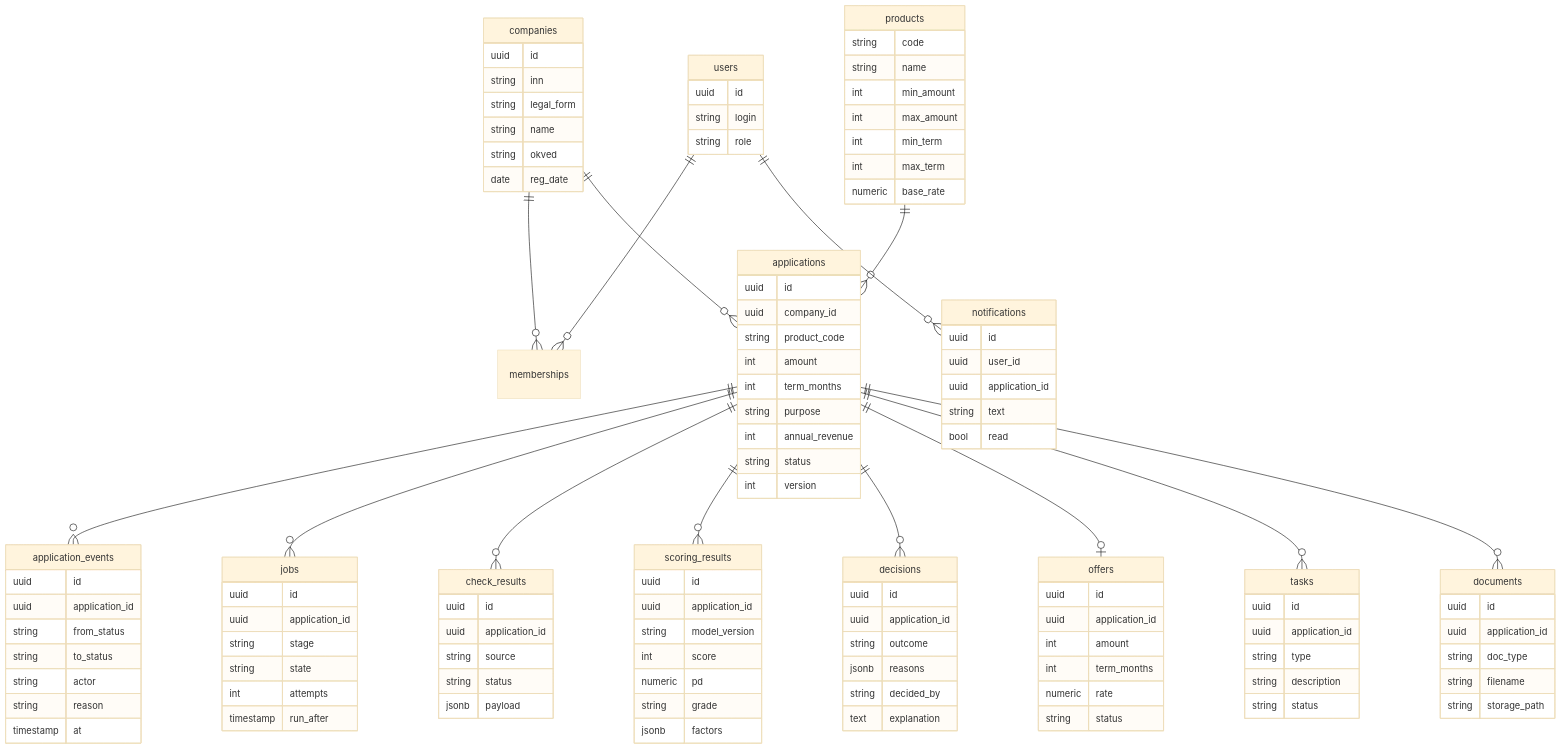
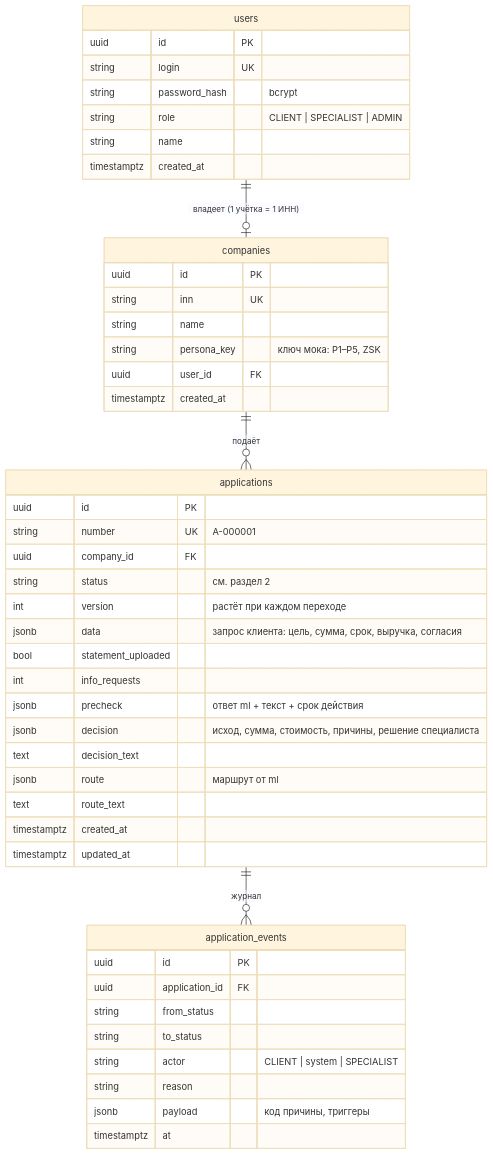
One commit to worker4556/smart-credit changed the seventh of 7 diagrams in docs/architecture.md. Above: the diagram before and after it, drawn with Mermaid (base theme). The commit also changed other lines of this file and 19 other files, not shown here.

First line of the commit message:
feat: specialist and admin cabinets, jury docs and test suite

````diff
--- a/docs/architecture.md
+++ b/docs/architecture.md
@@ -219,120 +220,50 @@
 ```mermaid
 erDiagram
-    users ||--o{ memberships : ""
-    companies ||--o{ memberships : ""
-    companies ||--o{ applications : ""
-    products ||--o{ applications : ""
-    applications ||--o{ application_events : ""
-    applications ||--o{ jobs : ""
-    applications ||--o{ check_results : ""
-    applications ||--o{ scoring_results : ""
-    applications ||--o{ decisions : ""
-    applications ||--o| offers : ""
-    applications ||--o{ tasks : ""
-    applications ||--o{ documents : ""
-    users ||--o{ notifications : ""
+    users ||--o| companies : "владеет (1 учётка = 1 ИНН)"
+    companies ||--o{ applications : "подаёт"
+    applications ||--o{ application_events : "журнал"
 
     users {
-        uuid id
-        string login
-        string role
+        uuid id PK
+        string login UK
+        string password_hash "bcrypt"
+        string role "CLIENT | SPECIALIST | ADMIN"
+        string name
+        timestamptz created_at
     }
     companies {
-        uuid id
-        string inn
-        string legal_form
+        uuid id PK
+        string inn UK
         string name
-        string okved
-        date reg_date
-    }
-    products {
-        string code
-        string name
-        int min_amount
-        int max_amount
-        int min_term
-        int max_term
-        numeric base_rate
+        string persona_key "ключ мока: P1–P5, ZSK"
+        uuid user_id FK
+        timestamptz created_at
     }
     applications {
-        uuid id
-        uuid company_id
-        string product_code
-        int amount
-        int term_months
-        string purpose
-        int annual_revenue
-        string status
-        int version
+        uuid id PK
+        string number UK "A-000001"
+        uuid company_id FK
+        string status "см. раздел 2"
+        int version "растёт при каждом переходе"
+        jsonb data "запрос клиента: цель, сумма, срок, выручка, согласия"
+        bool statement_uploaded
+        int info_requests
+        jsonb precheck "ответ ml + текст + срок действия"
+        jsonb decision "исход, сумма, стоимость, причины, решение специалиста"
+        text decision_text
+        jsonb route "маршрут от ml"
+        text route_text
+        timestamptz created_at
+        timestamptz updated_at
     }
     application_events {
-        uuid id
-        uuid application_id
+        uuid id PK
+        uuid application_id FK
         string from_status
         string to_status
-        string actor
+        string actor "CLIENT | system | SPECIALIST"
         string reason
-        timestamp at
-    }
-    jobs {
-        uuid id
-        uuid application_id
-        string stage
-        string state
-        int attempts
-        timestamp run_after
-    }
-    check_results {
-        uuid id
-        uuid application_id
-        string source
-        string status
-        jsonb payload
-    }
-    scoring_results {
-        uuid id
-        uuid application_id
-        string model_version
-        int score
-        numeric pd
-        string grade
-        jsonb factors
-    }
-    decisions {
-        uuid id
-        uuid application_id
-        string outcome
-        jsonb reasons
-        string decided_by
-        text explanation
-    }
-    offers {
-        uuid id
-        uuid application_id
-        int amount
-        int term_months
-        numeric rate
-        string status
-    }
-    tasks {
-        uuid id
-        uuid application_id
-        string type
-        string description
-        string status
-    }
-    documents {
-        uuid id
-        uuid application_id
-        string doc_type
-        string filename
-        string storage_path
-    }
-    notifications {
-        uuid id
-        uuid user_id
-        uuid application_id
-        string text
-        bool read
+        jsonb payload "код причины, триггеры"
+        timestamptz at
     }
 ```
````
